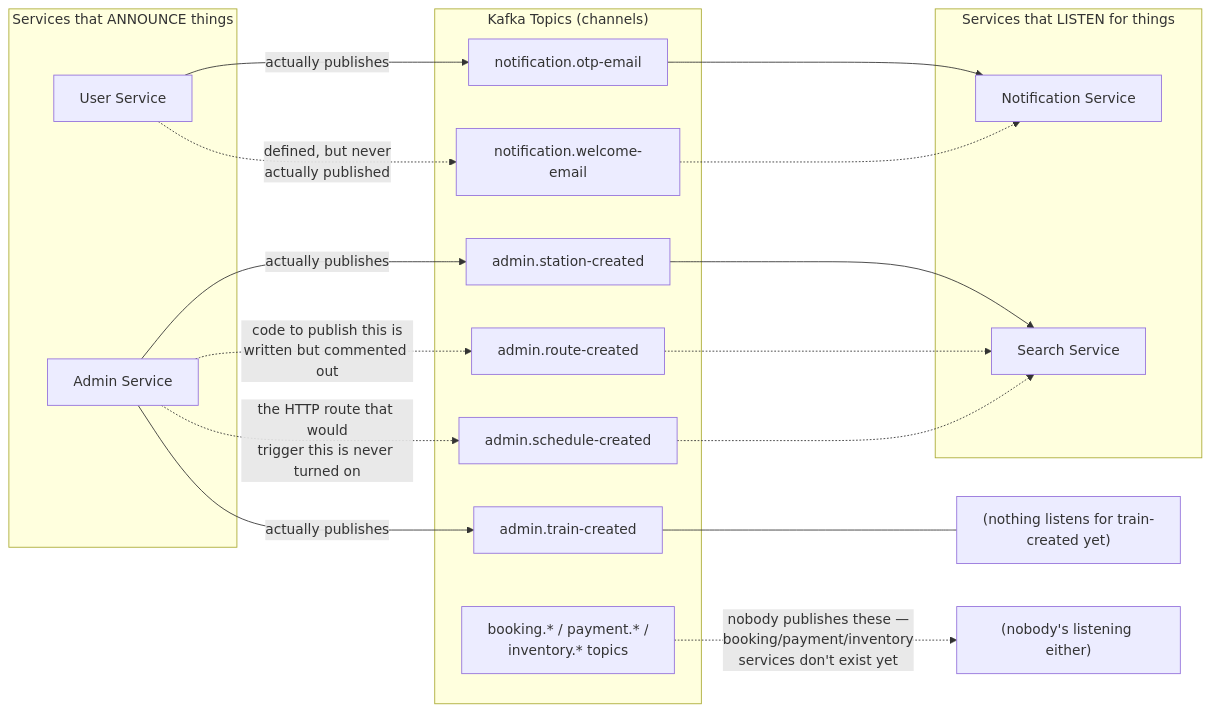
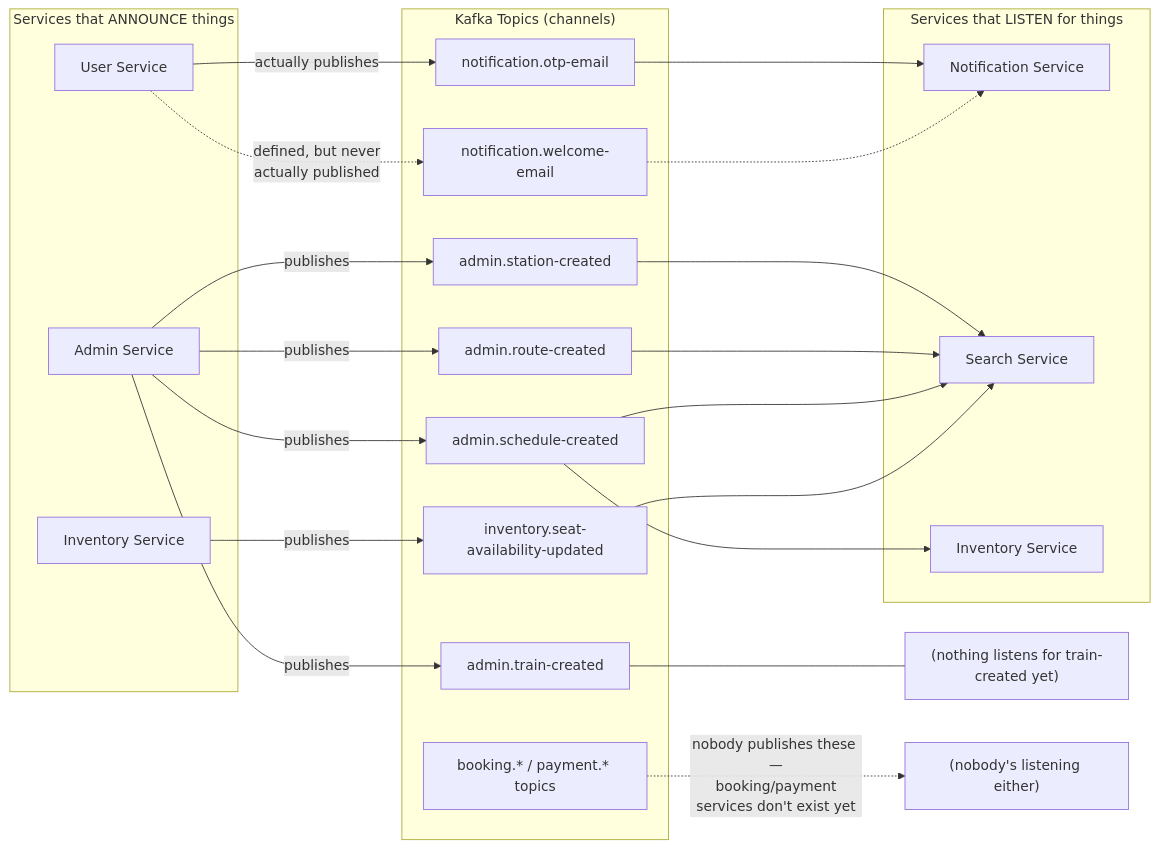
One commit to jstgrowup/System-Design changed the seventh of 7 diagrams in IRCTC/readme.md. Above: the diagram before and after it, drawn with Mermaid. The commit also changed other lines of this file and 65 other files, not shown here.

First line of the commit message:
feat(inventory-service): initialize database schema and add seat inventory management

````diff
--- a/IRCTC/readme.md
+++ b/IRCTC/readme.md
@@ -298,39 +304,44 @@
 ```mermaid
 flowchart LR
     subgraph Publishers["Services that ANNOUNCE things"]
         US2["User Service"]
         AS2["Admin Service"]
+        IS2["Inventory Service"]
     end
 
     subgraph Topics["Kafka Topics (channels)"]
         T1["notification.otp-email"]
         T2["notification.welcome-email"]
         T3["admin.station-created"]
         T4["admin.train-created"]
         T5["admin.route-created"]
         T6["admin.schedule-created"]
-        T7["booking.* / payment.* /<br/>inventory.* topics"]
+        T8["inventory.seat-availability-updated"]
+        T7["booking.* / payment.* topics"]
     end
 
     subgraph Listeners["Services that LISTEN for things"]
         NS2["Notification Service"]
         SS2["Search Service"]
+        IS2L["Inventory Service"]
     end
 
     US2 -->|"actually publishes"| T1 --> NS2
     US2 -.->|"defined, but never<br/>actually published"| T2
     T2 -.-> NS2
 
-    AS2 -->|"actually publishes"| T3 --> SS2
-    AS2 -->|"actually publishes"| T4
+    AS2 -->|"publishes"| T3 --> SS2
+    AS2 -->|"publishes"| T4
     Note1["(nothing listens for train-created yet)"]
     T4 --- Note1
 
-    AS2 -.->|"code to publish this is<br/>written but commented out"| T5
-    T5 -.-> SS2
+    AS2 -->|"publishes"| T5 --> SS2
 
-    AS2 -.->|"the HTTP route that would\ntrigger this is never turned on"| T6
-    T6 -.-> SS2
+    AS2 -->|"publishes"| T6
+    T6 --> SS2
+    T6 --> IS2L
 
-    T7 -.->|"nobody publishes these —<br/>booking/payment/inventory\nservices don't exist yet"| T7b["(nobody's listening either)"]
+    IS2 -->|"publishes"| T8 --> SS2
+
+    T7 -.->|"nobody publishes these —<br/>booking/payment\nservices don't exist yet"| T7b["(nobody's listening either)"]
 ```
````
